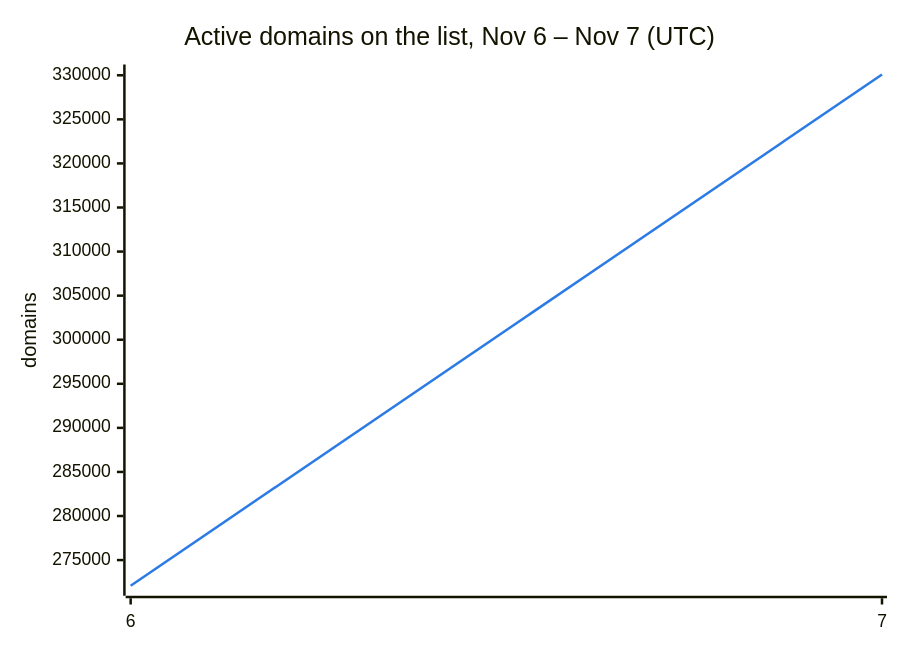
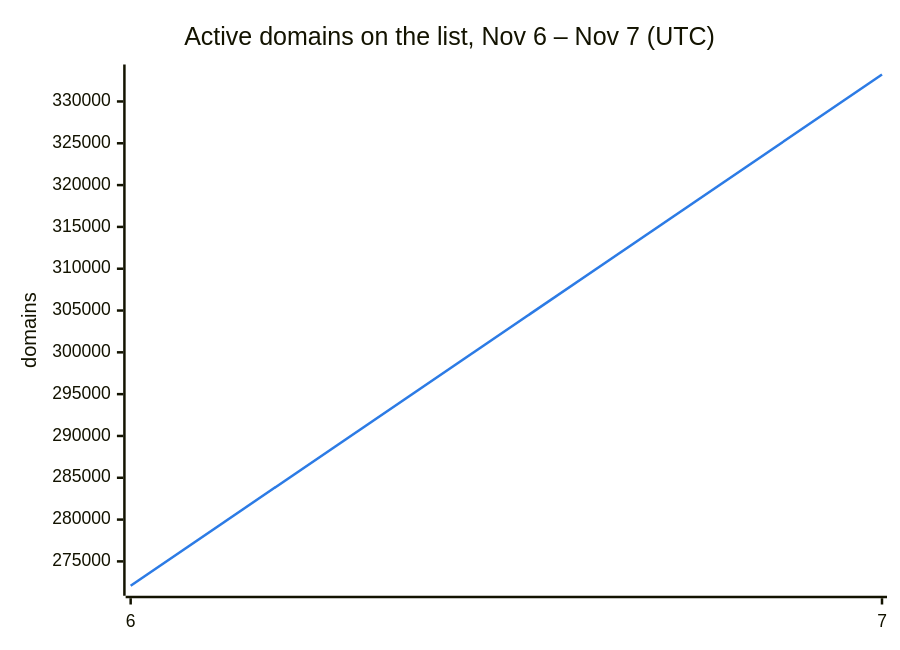
The second of 3 diagrams in README.md (DNSBunker/CTI), drawn with Mermaid before and after one commit. The commit also changed other lines of this file and 3 other files, not shown here.

````diff
--- a/README.md
+++ b/README.md
@@ -38,8 +38,8 @@
 ```mermaid
 %%{init: {"themeVariables": {"xyChart": {"plotColorPalette": "#2c7be5"}}}}%%
 xychart-beta
     title "Active domains on the list, Nov 6 – Nov 7 (UTC)"
     x-axis ["6", "7"]
     y-axis "domains"
-    line [272088, 330089]
+    line [272088, 333225]
 ```
````
